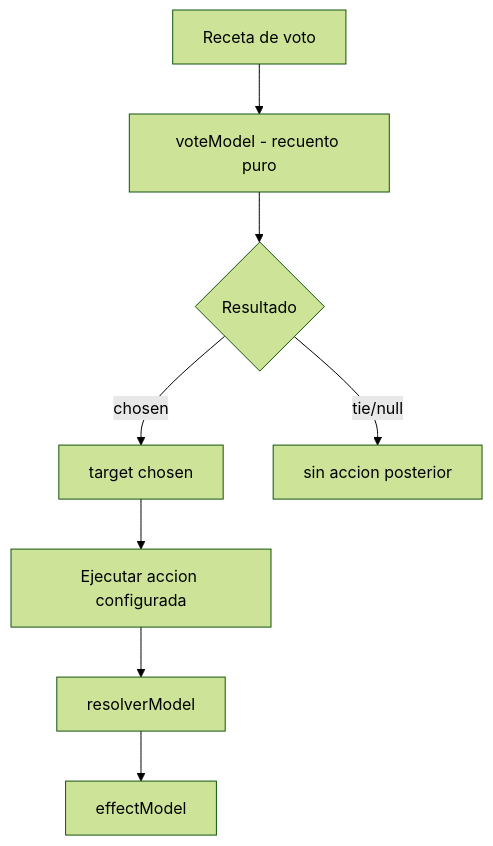
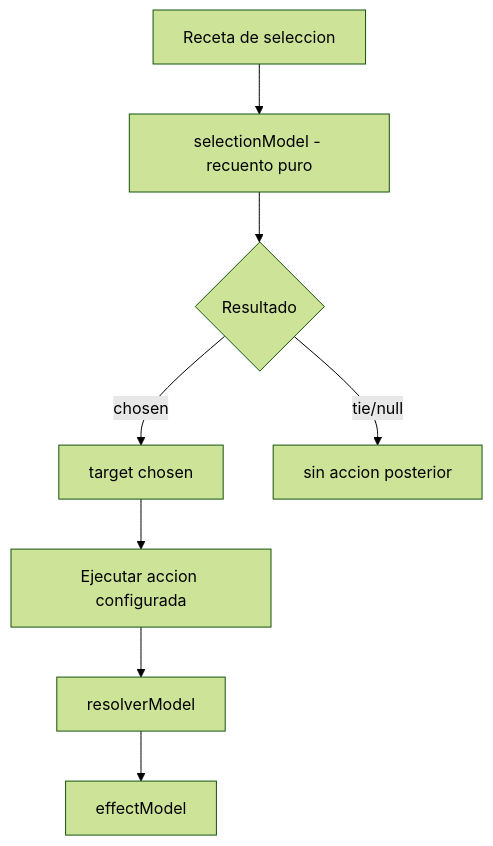
Diagram 12 of 14 in docs/engine_flow_map.md (juanramonmorandeira/castronegro-director), drawn with Mermaid (forest theme) before and after one commit. The commit also changed other lines of this file and 37 other files, not shown here.

Commit message:
def: selectionModel

````diff
--- a/docs/engine_flow_map.md
+++ b/docs/engine_flow_map.md
@@ -560,10 +559,10 @@
 ```mermaid
 flowchart TD
-  A[Receta de voto] --> B[voteModel - recuento puro]
+  A[Receta de seleccion] --> B[selectionModel - recuento puro]
   B --> C{Resultado}
   C -->|chosen| D[target chosen]
   C -->|tie/null| E[sin accion posterior]
   D --> F[Ejecutar accion configurada]
   F --> G[resolverModel]
   G --> H[effectModel]
 ```
````
